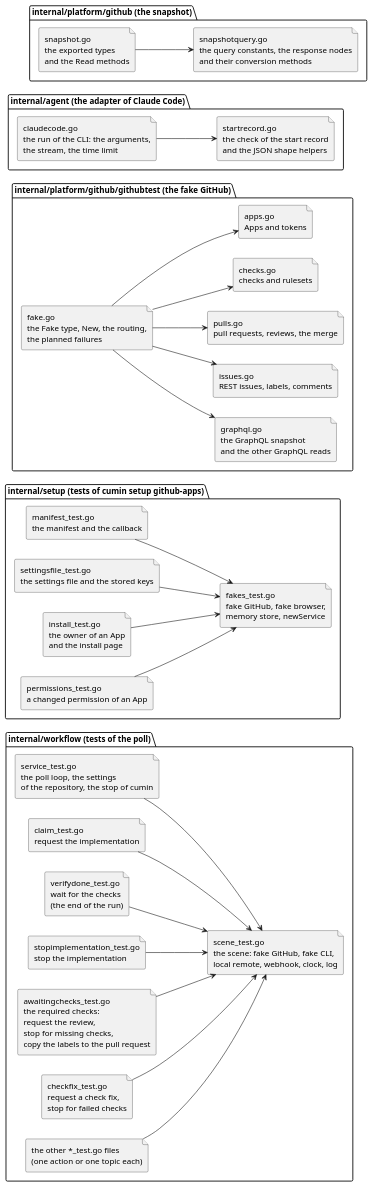
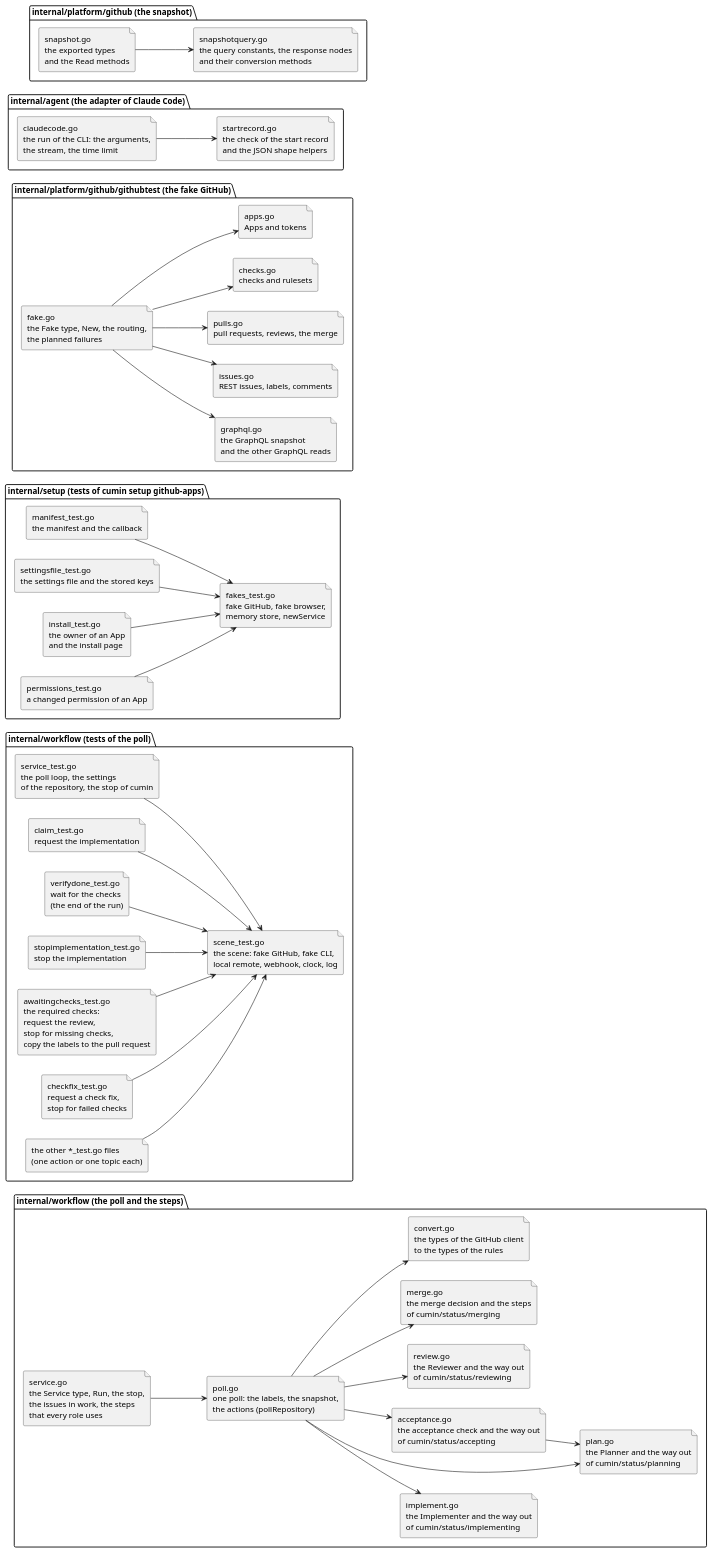
One commit to cloveclovedev/cumin-works changed the diagram in docs/ja/designs/code-layout-files.puml. Above: the diagram before and after it, drawn with PlantUML. The commit also changed 9 other files, not shown here.

First line of the commit message:
refactor(workflow): split service.go and plan.go by role (#670)

```diff
--- a/docs/ja/designs/code-layout-files.puml
+++ b/docs/ja/designs/code-layout-files.puml
@@ -1,71 +1,91 @@
 @startuml code-layout-files
 ' cumin works - the files of a package, where the table of code-layout.md
 ' cannot show which file uses which.
-' Document: code-layout.md, topics on the files of the tests and on the
-' files of the two adapters.
+' Document: code-layout.md, topics on the files of the workflow, on the
+' files of the tests and on the files of the two adapters.
 ' Render: run scripts/render-diagrams.sh at the root of the repository.
 skinparam shadowing false
 skinparam defaultFontName sans-serif
 left to right direction
+
+package "internal/workflow (the poll and the steps)" {
+  file "service.go\nthe Service type, Run, the stop,\nthe issues in work, the steps\nthat every role uses" as wfservice
+  file "poll.go\none poll: the labels, the snapshot,\nthe actions (pollRepository)" as wfpoll
+  file "implement.go\nthe Implementer and the way out\nof cumin/status/implementing" as wfimplement
+  file "plan.go\nthe Planner and the way out\nof cumin/status/planning" as wfplan
+  file "acceptance.go\nthe acceptance check and the way out\nof cumin/status/accepting" as wfacceptance
+  file "review.go\nthe Reviewer and the way out\nof cumin/status/reviewing" as wfreview
+  file "merge.go\nthe merge decision and the steps\nof cumin/status/merging" as wfmerge
+  file "convert.go\nthe types of the GitHub client\nto the types of the rules" as wfconvert
+}
+
+wfservice --> wfpoll
+wfpoll --> wfimplement
+wfpoll --> wfplan
+wfpoll --> wfacceptance
+wfpoll --> wfreview
+wfpoll --> wfmerge
+wfpoll --> wfconvert
+wfacceptance --> wfplan
 
 package "internal/workflow (tests of the poll)" {
   file "scene_test.go\nthe scene: fake GitHub, fake CLI,\nlocal remote, webhook, clock, log" as scene
   file "service_test.go\nthe poll loop, the settings\nof the repository, the stop of cumin" as loop
   file "claim_test.go\nrequest the implementation" as claim
   file "verifydone_test.go\nwait for the checks\n(the end of the run)" as verify
   file "stopimplementation_test.go\nstop the implementation" as stopimpl
   file "awaitingchecks_test.go\nthe required checks:\nrequest the review,\nstop for missing checks,\ncopy the labels to the pull request" as awaiting
   file "checkfix_test.go\nrequest a check fix,\nstop for failed checks" as checkfix
   file "the other *_test.go files\n(one action or one topic each)" as others
 }
 
 loop --> scene
 claim --> scene
 verify --> scene
 stopimpl --> scene
 awaiting --> scene
 checkfix --> scene
 others --> scene
 
 package "internal/setup (tests of cumin setup github-apps)" {
   file "fakes_test.go\nfake GitHub, fake browser,\nmemory store, newService" as fakes
   file "manifest_test.go\nthe manifest and the callback" as manifest
   file "settingsfile_test.go\nthe settings file and the stored keys" as settingsfile
   file "install_test.go\nthe owner of an App\nand the install page" as install
   file "permissions_test.go\na changed permission of an App" as permissions
 }
 
 manifest --> fakes
 settingsfile --> fakes
 install --> fakes
 permissions --> fakes
 
 package "internal/platform/github/githubtest (the fake GitHub)" {
   file "fake.go\nthe Fake type, New, the routing,\nthe planned failures" as fake
   file "graphql.go\nthe GraphQL snapshot\nand the other GraphQL reads" as fakegraphql
   file "issues.go\nREST issues, labels, comments" as fakeissues
   file "pulls.go\npull requests, reviews, the merge" as fakepulls
   file "checks.go\nchecks and rulesets" as fakechecks
   file "apps.go\nApps and tokens" as fakeapps
 }
 
 fake --> fakegraphql
 fake --> fakeissues
 fake --> fakepulls
 fake --> fakechecks
 fake --> fakeapps
 
 package "internal/agent (the adapter of Claude Code)" {
   file "claudecode.go\nthe run of the CLI: the arguments,\nthe stream, the time limit" as claudecode
   file "startrecord.go\nthe check of the start record\nand the JSON shape helpers" as startrecord
 }
 
 claudecode --> startrecord
 
 package "internal/platform/github (the snapshot)" {
   file "snapshot.go\nthe exported types\nand the Read methods" as snapshot
   file "snapshotquery.go\nthe query constants, the response nodes\nand their conversion methods" as snapshotquery
 }
 
 snapshot --> snapshotquery
 @enduml
```
